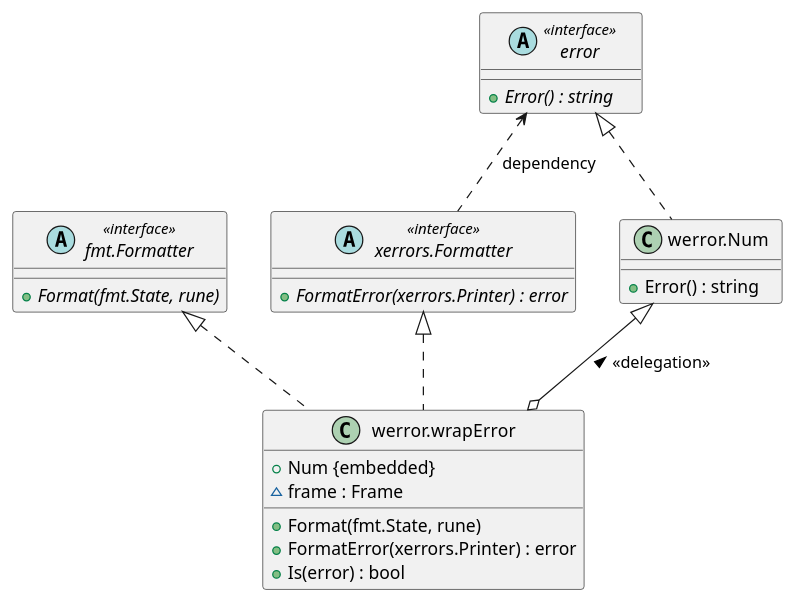
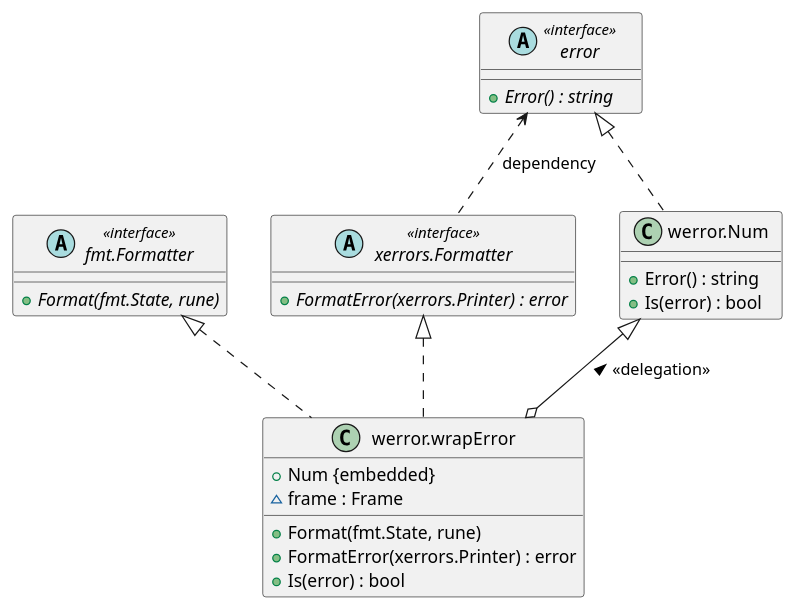
One commit to spiegel-im-spiegel/github-pages-env changed the diagram in content/golang/error-handling-again/werror.puml. Above: the diagram before and after it, drawn with PlantUML. The commit also changed 3 other files, not shown here.

```diff
--- a/content/golang/error-handling-again/werror.puml
+++ b/content/golang/error-handling-again/werror.puml
@@ -1,31 +1,32 @@
 @startuml
 
 skinparam minClassWidth 130
 
 abstract class error <<interface>> {
   {abstract} {method} + Error() : string
 }
 abstract class "xerrors.Formatter" as Formatter <<interface>> {
   {abstract} {method} + FormatError(xerrors.Printer) : error
 }
 abstract class "fmt.Formatter" as fmtFormatter <<interface>> {
   {abstract} {method} + Format(fmt.State, rune)
 }
 class "werror.Num" as Num {
   {method} + Error() : string
+  {method} + Is(error) : bool
 }
 class "werror.wrapError" as wrapError {
   {field} + Num {embedded}
   {field} ~ frame : Frame
   {method} + Format(fmt.State, rune)
   {method} + FormatError(xerrors.Printer) : error
   {method} + Is(error) : bool
 }
 
 wrapError o-up-|> Num : <<delegation>> >
 Num .up.|> error
 wrapError .up.|> Formatter
 Formatter .up.> error : dependency
 wrapError .up.|> fmtFormatter
 
 @enduml
```
